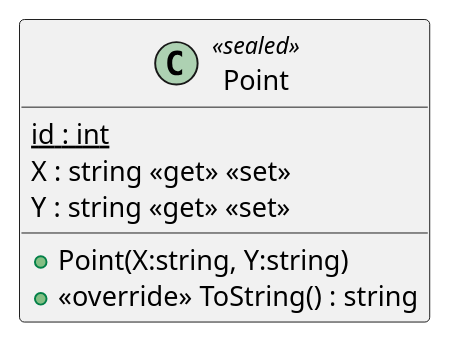
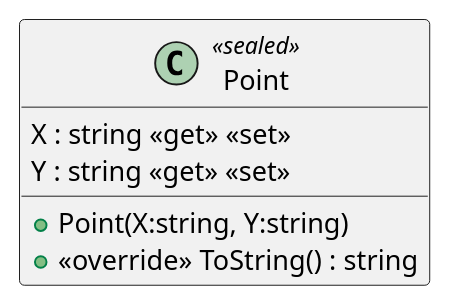
Before and after one commit to ismaelplangca/CS264_Assignment02: the diagram in plantuml/Shapes/Point.puml, drawn with PlantUML. The commit also changed 14 other files, not shown here.

```diff
--- a/plantuml/Shapes/Point.puml
+++ b/plantuml/Shapes/Point.puml
@@ -1,9 +1,8 @@
 @startuml
 class Point <<sealed>> {
-    {static} id : int
     X : string <<get>> <<set>>
     Y : string <<get>> <<set>>
     + Point(X:string, Y:string)
     + <<override>> ToString() : string
 }
 @enduml
```
